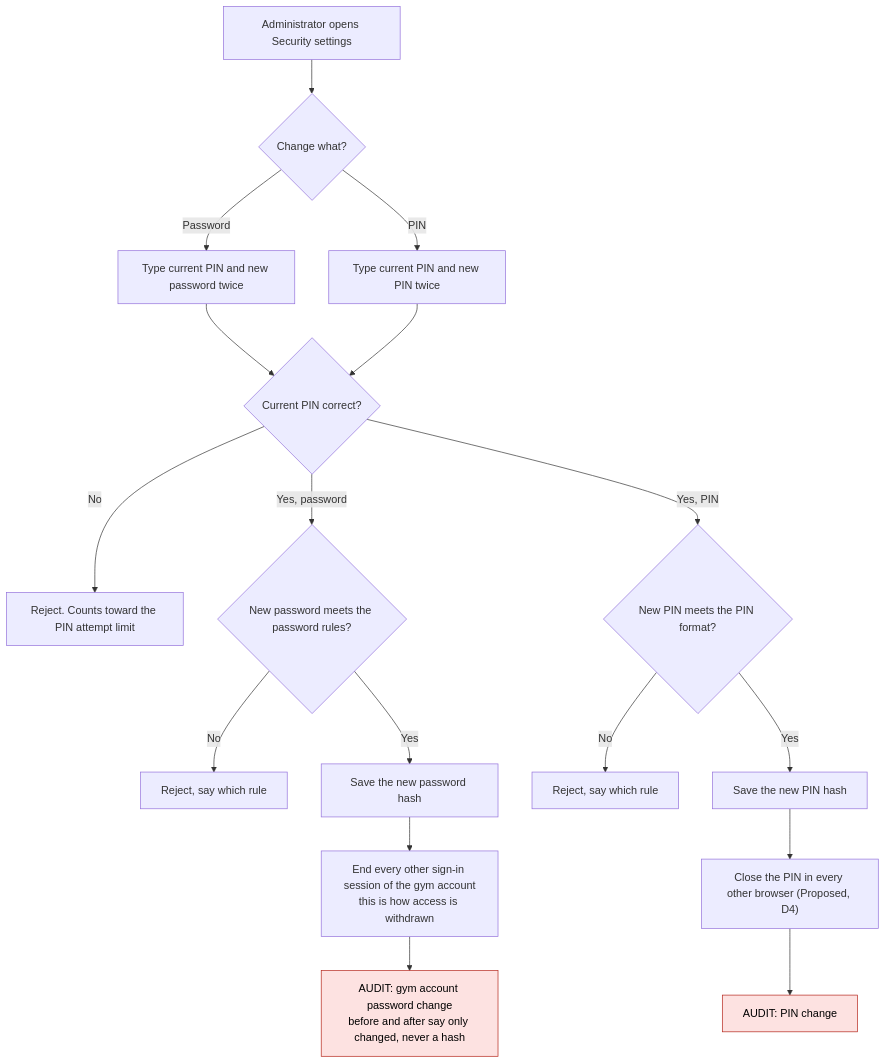
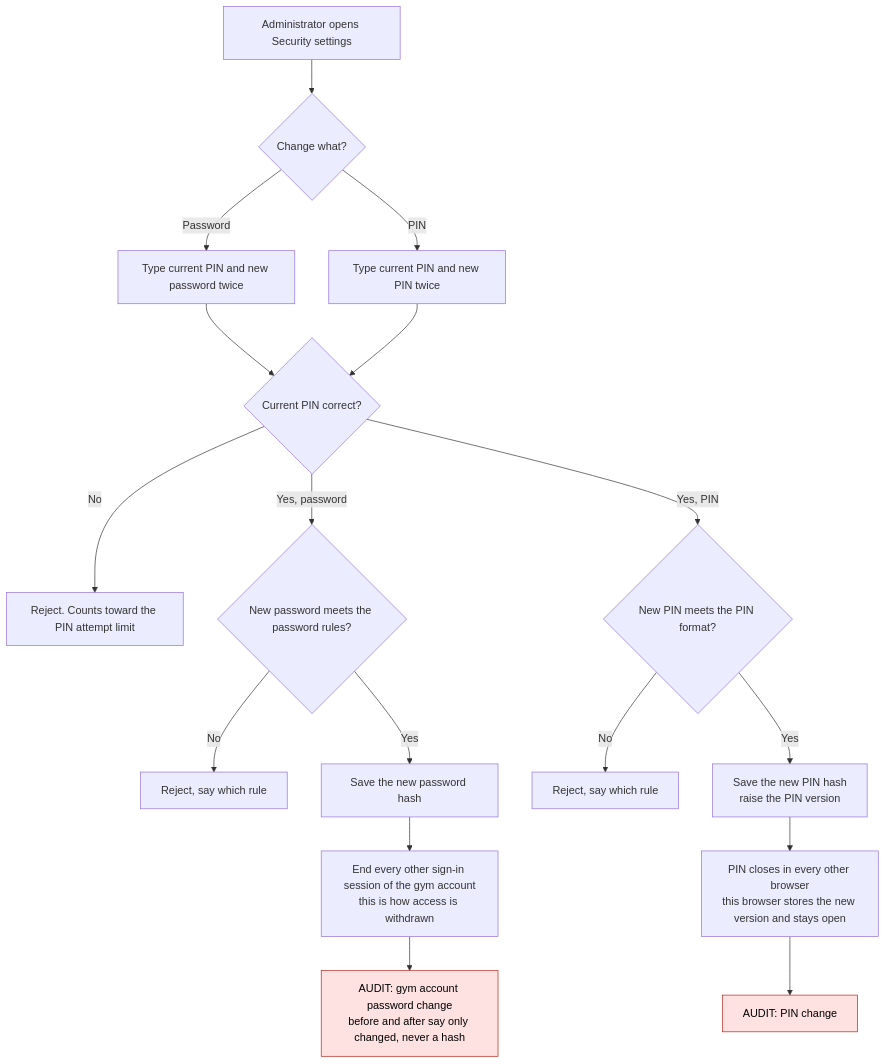
The fourth of 17 diagrams in docs/design/admin-flows.md (Th3-Minorities/natatorio-gym-app), drawn with Mermaid before and after one commit. The commit also changed other lines of this file, not shown here.

Commit message:
Add the recovery code flow and the PIN version to the admin flows

````diff
--- a/docs/design/admin-flows.md
+++ b/docs/design/admin-flows.md
@@ -93,22 +113,22 @@
 ```mermaid
 flowchart TD
   C0["Administrator opens Security settings"] --> C1{"Change what?"}
   C1 -->|"Password"| P1["Type current PIN and new password twice"]
   C1 -->|"PIN"| N1["Type current PIN and new PIN twice"]
   P1 --> V{"Current PIN correct?"}
   N1 --> V
   V -->|"No"| V1["Reject. Counts toward the PIN attempt limit"]
   V -->|"Yes, password"| P2{"New password meets the password rules?"}
   P2 -->|"No"| P3["Reject, say which rule"]
   P2 -->|"Yes"| P4["Save the new password hash"]
   P4 --> P5["End every other sign-in session of the gym account<br/>this is how access is withdrawn"]
   P5 --> P6["AUDIT: gym account password change<br/>before and after say only changed, never a hash"]
   V -->|"Yes, PIN"| N2{"New PIN meets the PIN format?"}
   N2 -->|"No"| N3["Reject, say which rule"]
-  N2 -->|"Yes"| N4["Save the new PIN hash"]
-  N4 --> N5["Close the PIN in every other browser (Proposed, D4)"]
+  N2 -->|"Yes"| N4["Save the new PIN hash<br/>raise the PIN version"]
+  N4 --> N5["PIN closes in every other browser<br/>this browser stores the new version and stays open"]
   N5 --> N6["AUDIT: PIN change"]
 
   classDef audit fill:#fde2e1,stroke:#b42318,color:#000
   class P6,N6 audit
 ```
````
